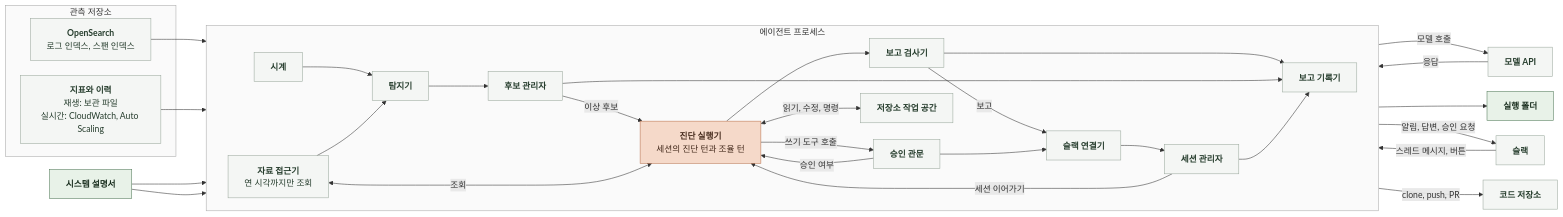
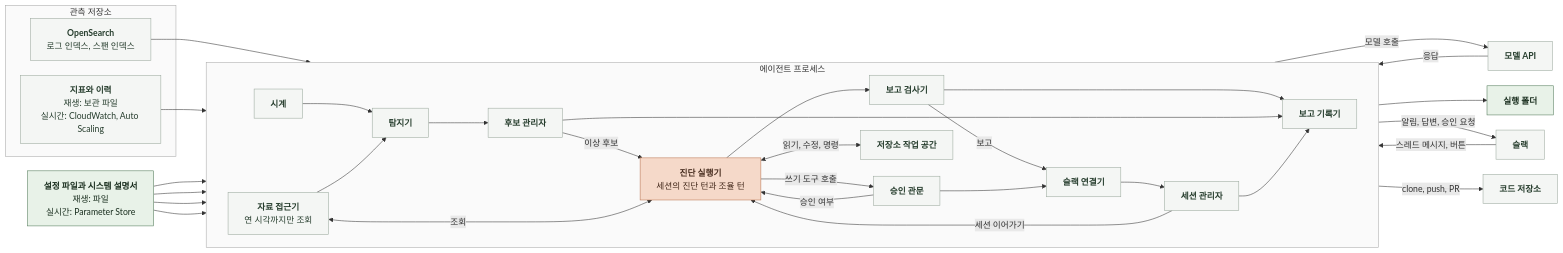
Before and after one commit to KIM-N-KANG/knk-harness: the diagram in docs/domain/OBSERVABILITY/AI/4-2-DESIGN-SOFTWARE-ARCHITECTURE.md, drawn with Mermaid. The commit also changed other lines of this file and 16 other files, not shown here.

````diff
--- a/docs/domain/OBSERVABILITY/AI/4-2-DESIGN-SOFTWARE-ARCHITECTURE.md
+++ b/docs/domain/OBSERVABILITY/AI/4-2-DESIGN-SOFTWARE-ARCHITECTURE.md
@@ -11,66 +11,70 @@
 ```mermaid
 %%{init: {"flowchart": {"curve": "basis", "nodeSpacing": 28, "rankSpacing": 56}}}%%
 flowchart LR
     subgraph EXT["관측 저장소"]
         OS["`**OpenSearch**
 로그 인덱스, 스팬 인덱스`"]
         MT["`**지표와 이력**
 재생: 보관 파일
 실시간: CloudWatch, Auto Scaling`"]
     end
-    SD["`**시스템 설명서**`"]
+    SD["`**설정 파일과 시스템 설명서**
+재생: 파일
+실시간: Parameter Store`"]
     subgraph PROC["에이전트 프로세스"]
         direction LR
         DA["`**자료 접근기**
 연 시각까지만 조회`"]
         CK["`**시계**`"]
         DT["`**탐지기**`"]
         CM["`**후보 관리자**`"]
         DX["`**진단 실행기**
 세션의 진단 턴과 조율 턴`"]
         RC["`**보고 검사기**`"]
         AG["`**승인 관문**`"]
         SM["`**세션 관리자**`"]
         SC["`**슬랙 연결기**`"]
         WS["`**저장소 작업 공간**`"]
         RW["`**보고 기록기**`"]
     end
     RF["`**실행 폴더**`"]
     LLM["`**모델 API**`"]
     SL["`**슬랙**`"]
     GH["`**코드 저장소**`"]
     OS --> DA
     MT --> DA
     CK --> DT
     DA --> DT
     SD --> DT
+    SD --> DA
     DT --> CM
     CM -->|"`이상 후보`"| DX
     DA <-->|"`조회`"| DX
     SD --> DX
     DX -->|"`모델 호출`"| LLM
     LLM -->|"`응답`"| DX
     DX --> RC
     RC --> RW
     CM --> RW
     SM --> RW
     RW --> RF
     RC -->|"`보고`"| SC
     SC -->|"`알림, 답변, 승인 요청`"| SL
     SL -->|"`스레드 메시지, 버튼`"| SC
     SC --> SM
     SM -->|"`세션 이어가기`"| DX
     DX -->|"`쓰기 도구 호출`"| AG
     AG -->|"`승인 여부`"| DX
     AG --> SC
     DX <-->|"`읽기, 수정, 명령`"| WS
+    SD --> WS
     WS -->|"`clone, push, PR`"| GH
     classDef data fill:#E8F2E8,stroke:#527A59,color:#182D1D
     classDef model fill:#F5D9C9,stroke:#B97450,color:#452B1D
     classDef code fill:#F4F6F4,stroke:#9BA99E,color:#253C2C
     class SD,RF data
     class DX model
     class CK,DA,DT,CM,RC,RW,AG,SM,SC,WS,OS,MT,LLM,SL,GH code
     style EXT fill:#FAFAFA,stroke:#AAAAAA
     style PROC fill:#FAFAFA,stroke:#AAAAAA
 ```
````
